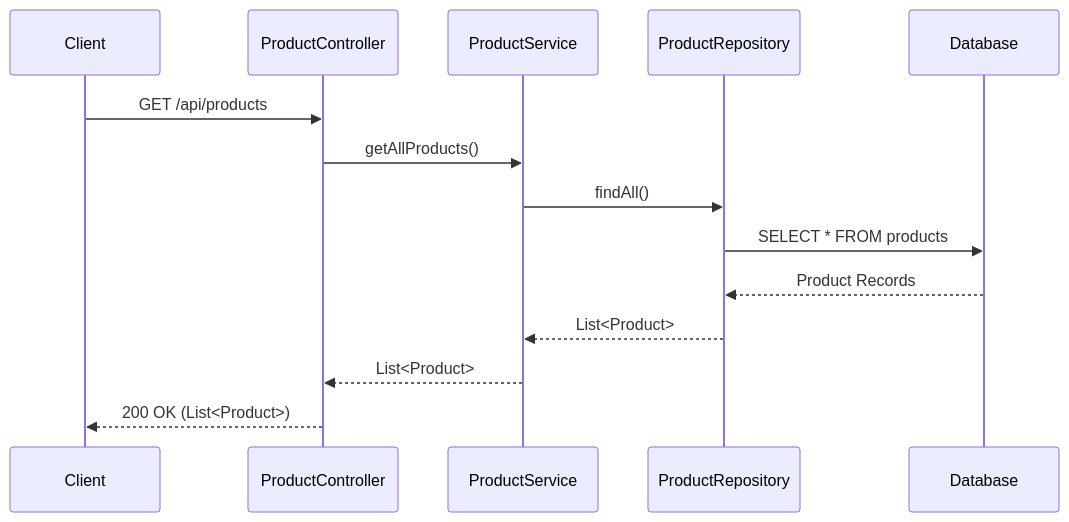
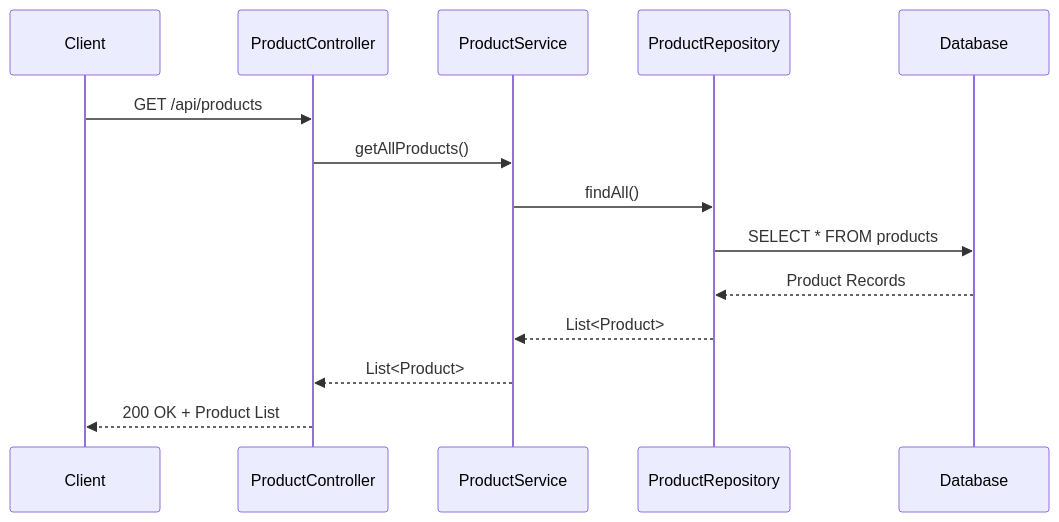
The third of 13 diagrams in docs/LLD/lld.md (NavneetBN47/aava-ecom-demo), drawn with Mermaid before and after one commit. The commit also changed other lines of this file, not shown here.

````diff
--- a/docs/LLD/lld.md
+++ b/docs/LLD/lld.md
@@ -211,17 +210,17 @@
 ```mermaid
 sequenceDiagram
     participant Client
     participant ProductController
     participant ProductService
     participant ProductRepository
     participant Database
 
     Client->>ProductController: GET /api/products
     ProductController->>ProductService: getAllProducts()
     ProductService->>ProductRepository: findAll()
     ProductRepository->>Database: SELECT * FROM products
     Database-->>ProductRepository: Product Records
     ProductRepository-->>ProductService: List<Product>
     ProductService-->>ProductController: List<Product>
-    ProductController-->>Client: 200 OK (List<Product>)
+    ProductController-->>Client: 200 OK + Product List
 ```
````
